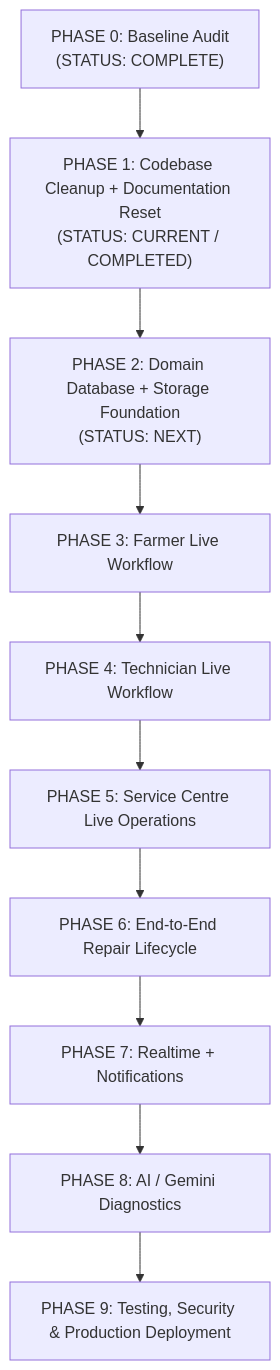
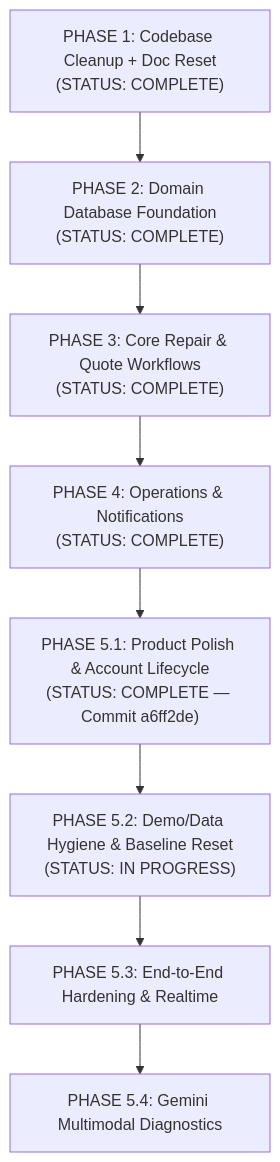
The diagram in IMPLEMENTATION_PLAN.md (ankitchamke/TerraByte), drawn with Mermaid before and after one commit. The commit also changed other lines of this file and 19 other files, not shown here.

Commit message:
feat: complete phase 5.2 demo data hygiene

````diff
--- a/IMPLEMENTATION_PLAN.md
+++ b/IMPLEMENTATION_PLAN.md
@@ -15,12 +15,10 @@
 ```mermaid
 flowchart TD
-    P0["PHASE 0: Baseline Audit<br/>(STATUS: COMPLETE)"] --> P1["PHASE 1: Codebase Cleanup + Documentation Reset<br/>(STATUS: CURRENT / COMPLETED)"]
-    P1 --> P2["PHASE 2: Domain Database + Storage Foundation<br/>(STATUS: NEXT)"]
-    P2 --> P3["PHASE 3: Farmer Live Workflow"]
-    P3 --> P4["PHASE 4: Technician Live Workflow"]
-    P4 --> P5["PHASE 5: Service Centre Live Operations"]
-    P5 --> P6["PHASE 6: End-to-End Repair Lifecycle"]
-    P6 --> P7["PHASE 7: Realtime + Notifications"]
-    P7 --> P8["PHASE 8: AI / Gemini Diagnostics"]
-    P8 --> P9["PHASE 9: Testing, Security & Production Deployment"]
+    P1["PHASE 1: Codebase Cleanup + Doc Reset<br/>(STATUS: COMPLETE)"] --> P2["PHASE 2: Domain Database Foundation<br/>(STATUS: COMPLETE)"]
+    P2 --> P3["PHASE 3: Core Repair & Quote Workflows<br/>(STATUS: COMPLETE)"]
+    P3 --> P4["PHASE 4: Operations & Notifications<br/>(STATUS: COMPLETE)"]
+    P4 --> P51["PHASE 5.1: Product Polish & Account Lifecycle<br/>(STATUS: COMPLETE — Commit a6ff2de)"]
+    P51 --> P52["PHASE 5.2: Demo/Data Hygiene & Baseline Reset<br/>(STATUS: IN PROGRESS)"]
+    P52 --> P53["PHASE 5.3: End-to-End Hardening & Realtime"]
+    P53 --> P54["PHASE 5.4: Gemini Multimodal Diagnostics"]
 ```
````
